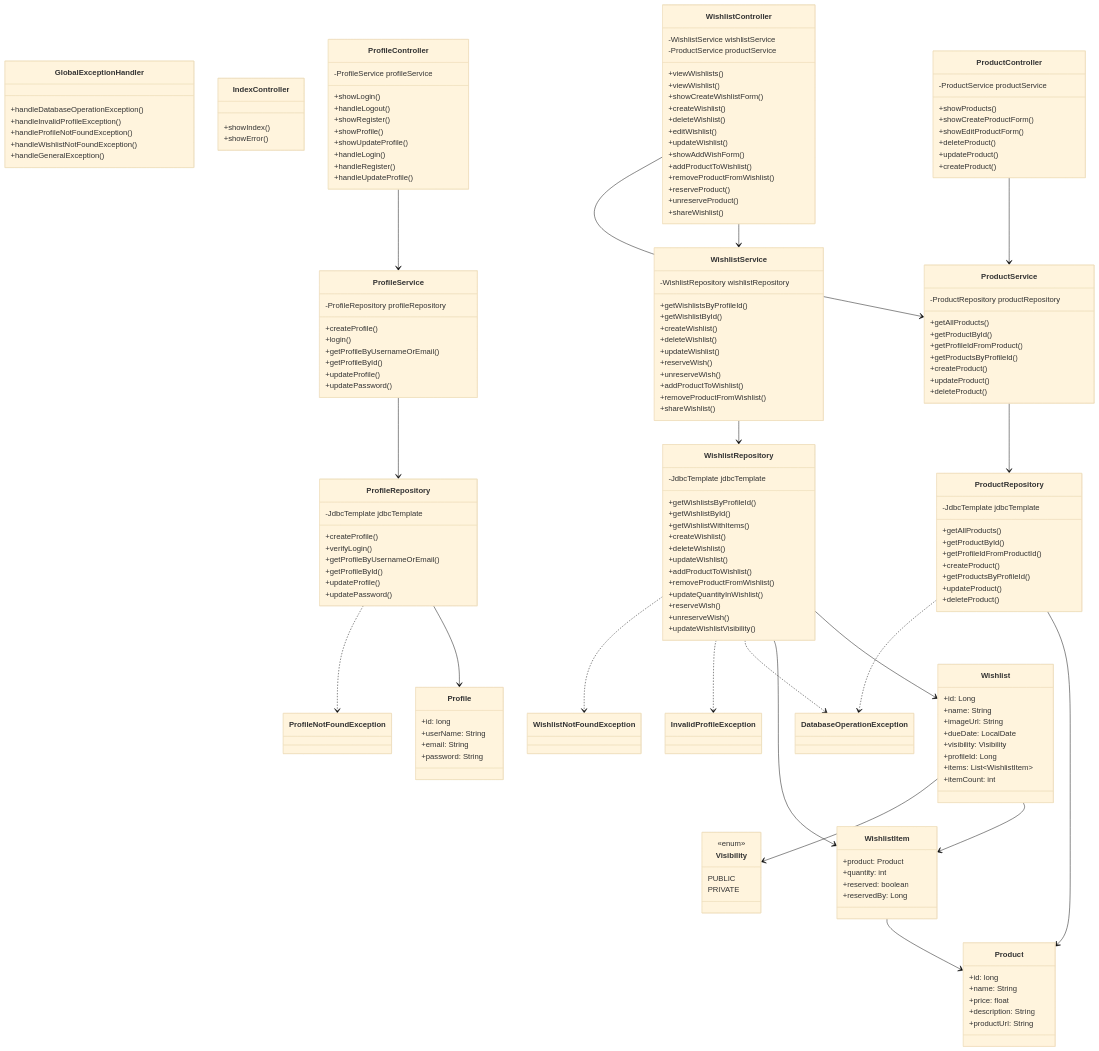
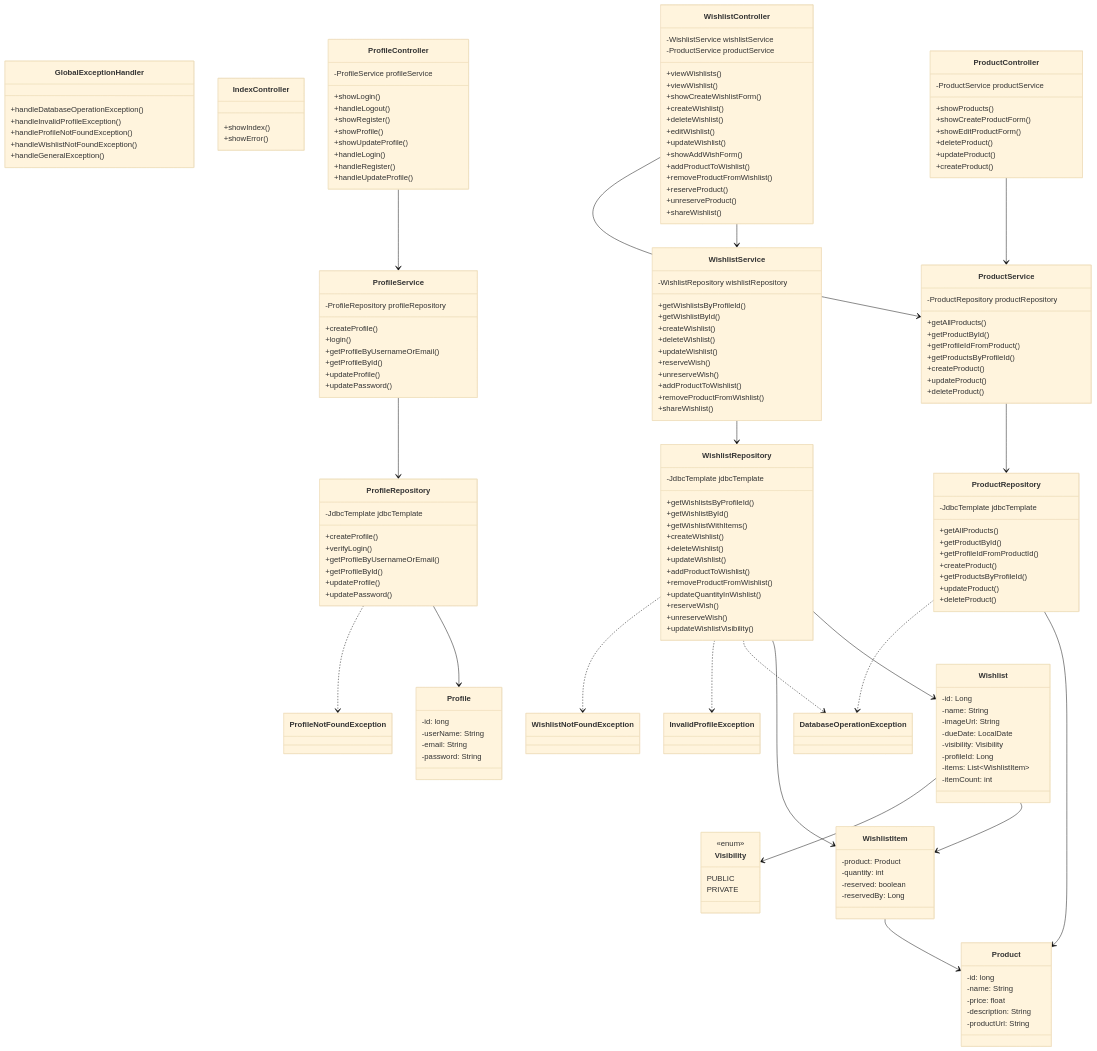
One commit to Kodebutikken/Wishlist changed the diagram in docs/Class-diagram-final.md. Above: the diagram before and after it, drawn with Mermaid (base theme).

Commit message:
Change visibility of class attributes to private

```diff
--- a/docs/Class-diagram-final.md
+++ b/docs/Class-diagram-final.md
@@ -138,36 +138,36 @@
 %% MODELS
 
 class Product {
-    +id: long
-    +name: String
-    +price: float
-    +description: String
-    +productUrl: String
+    -id: long
+    -name: String
+    -price: float
+    -description: String
+    -productUrl: String
 }
 
 class Profile {
-    +id: long
-    +userName: String
-    +email: String
-    +password: String
+    -id: long
+    -userName: String
+    -email: String
+    -password: String
 }
 
 class Wishlist {
-    +id: Long
-    +name: String
-    +imageUrl: String
-    +dueDate: LocalDate
-    +visibility: Visibility
-    +profileId: Long
-    +items: List~WishlistItem~
-    +itemCount: int
+    -id: Long
+    -name: String
+    -imageUrl: String
+    -dueDate: LocalDate
+    -visibility: Visibility
+    -profileId: Long
+    -items: List~WishlistItem~
+    -itemCount: int
 }
 
 class WishlistItem {
-    +product: Product
-    +quantity: int
-    +reserved: boolean
-    +reservedBy: Long
+    -product: Product
+    -quantity: int
+    -reserved: boolean
+    -reservedBy: Long
 }
 
 class Visibility {
```
